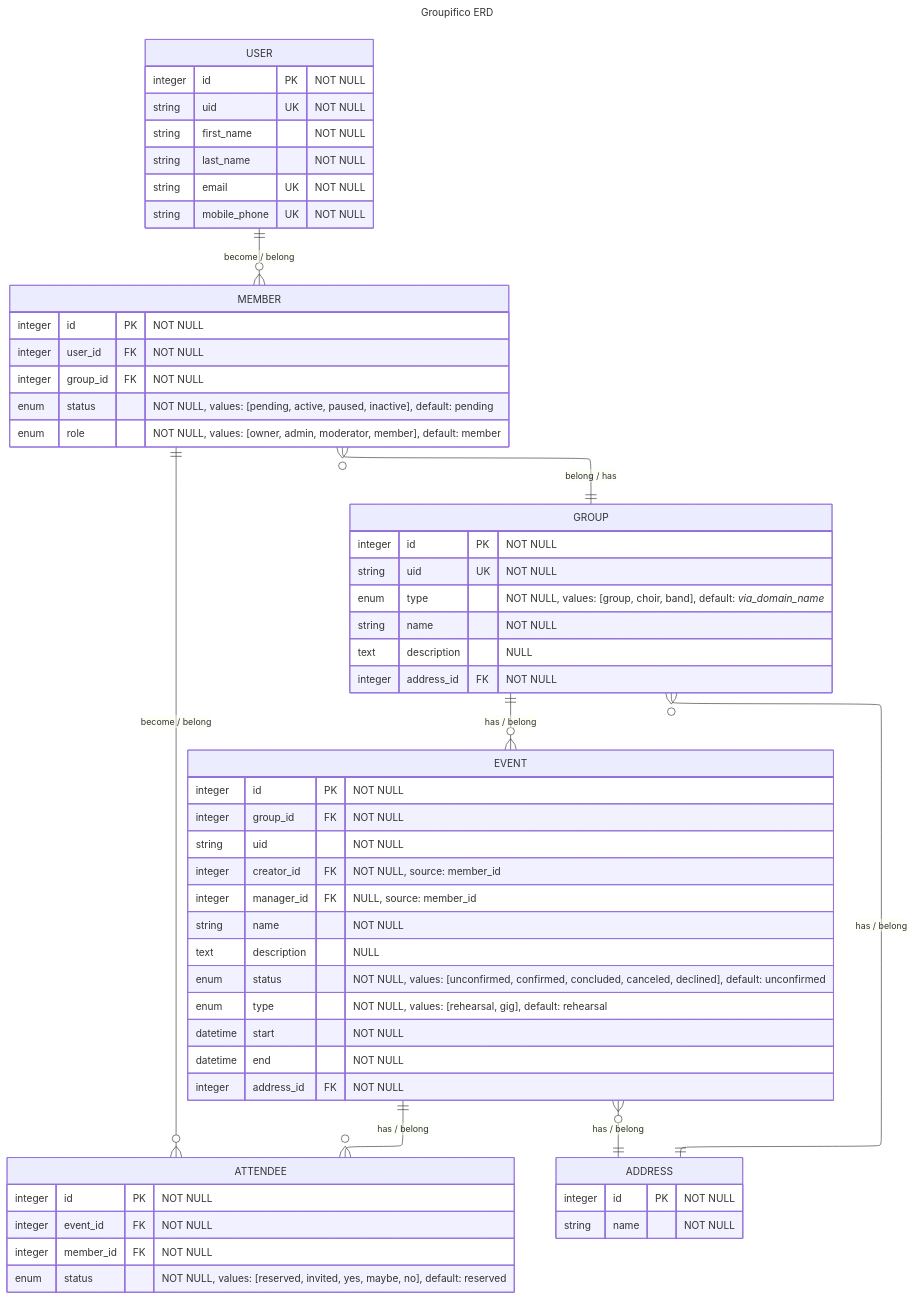
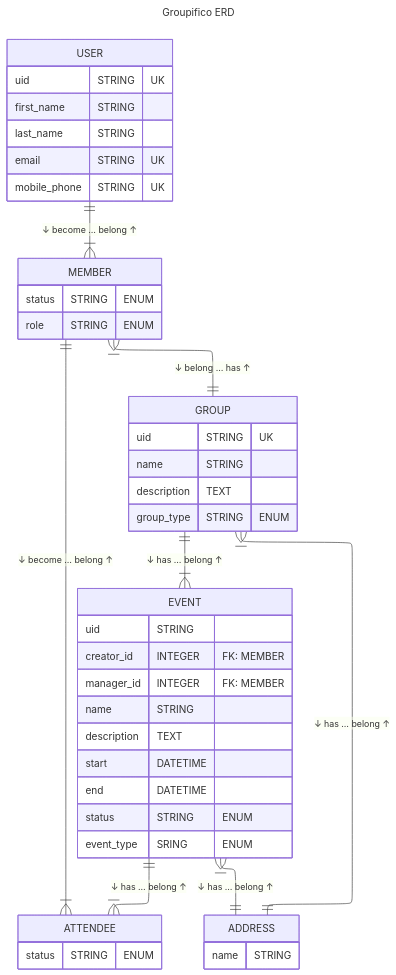
The diagram in README.md (izkreny/groupifico), drawn with Mermaid before and after one commit. The commit also changed other lines of this file and 1 other file, not shown here.

Commit message:
docs: update & simplify ERD & add schema in DBML

````diff
--- a/README.md
+++ b/README.md
@@ -128,71 +128,59 @@
 ```mermaid
 ---
 title: Groupifico ERD
 config:
   layout: elk
 ---
 
 erDiagram
-    USER   1  to 0+ MEMBER   : "become / belong"
-    MEMBER 0+ to 1  GROUP    : "belong / has"
-    GROUP  1  to 0+ EVENT    : "has    / belong"
-    EVENT  1  to 0+ ATTENDEE : "has    / belong"
-    MEMBER 1  to 0+ ATTENDEE : "become / belong"
-    GROUP  0+ to 1  ADDRESS  : "has    / belong"
-    EVENT  0+ to 1  ADDRESS  : "has    / belong"
+    direction TB
+    USER   1  to 1+ MEMBER   : "↓ become … belong ↑"
+    MEMBER 1+ to 1  GROUP    : "↓ belong … has ↑"
+    GROUP  1  to 1+ EVENT    : "↓ has    … belong ↑"
+    EVENT  1  to 1+ ATTENDEE : "↓ has    … belong ↑"
+    MEMBER 1  to 1+ ATTENDEE : "↓ become … belong ↑"
+    GROUP  1+ to 1  ADDRESS  : "↓ has    … belong ↑"
+    EVENT  1+ to 1  ADDRESS  : "↓ has    … belong ↑"
 
     USER {
-        integer id           PK "NOT NULL"
-        string  uid          UK "NOT NULL"
-        string  first_name      "NOT NULL"
-        string  last_name       "NOT NULL"
-        string  email        UK "NOT NULL"
-        string  mobile_phone UK "NOT NULL"
+        uid          STRING "UK"
+        first_name   STRING
+        last_name    STRING
+        email        STRING "UK"
+        mobile_phone STRING "UK"
     }
 
     GROUP {
-        integer id          PK "NOT NULL"
-        string  uid         UK "NOT NULL"
-        enum    type           "NOT NULL, values: [group, choir, band], default: _via_domain_name_"
-        string  name           "NOT NULL"
-        text    description    "NULL"
-        integer address_id  FK "NOT NULL"
+        uid         STRING "UK"
+        name        STRING
+        description TEXT
+        group_type  STRING "ENUM"
     }
 
     MEMBER {
-        integer id       PK "NOT NULL"
-        integer user_id  FK "NOT NULL"
-        integer group_id FK "NOT NULL"
-        enum    status      "NOT NULL, values: [pending, active, paused, inactive], default: pending"
-        enum    role        "NOT NULL, values: [owner, admin, moderator, member], default: member"
+        status STRING "ENUM"
+        role   STRING "ENUM"
     }
 
     EVENT {
-        integer  id          PK "NOT NULL"
-        integer  group_id    FK "NOT NULL"
-        string   uid            "NOT NULL"
-        integer  creator_id  FK "NOT NULL, source: member_id"
-        integer  manager_id  FK "NULL, source: member_id"
-        string   name           "NOT NULL"
-        text     description    "NULL"
-        enum     status         "NOT NULL, values: [unconfirmed, confirmed, concluded, canceled, declined], default: unconfirmed"
-        enum     type           "NOT NULL, values: [rehearsal, gig], default: rehearsal"
-        datetime start          "NOT NULL"
-        datetime end            "NOT NULL"
-        integer  address_id  FK "NOT NULL"
+        uid         STRING
+        creator_id  INTEGER "FK: MEMBER"
+        manager_id  INTEGER "FK: MEMBER"
+        name        STRING
+        description TEXT
+        start       DATETIME
+        end         DATETIME
+        status      STRING "ENUM"
+        event_type  SRING "ENUM"
     }
 
     ATTENDEE {
-        integer id        PK "NOT NULL"
-        integer event_id  FK "NOT NULL"
-        integer member_id FK "NOT NULL"
-        enum    status       "NOT NULL, values: [reserved, invited, yes, maybe, no], default: reserved"
+        status STRING "ENUM"
     }
 
     ADDRESS {
-        integer id PK "NOT NULL"
-        string name "NOT NULL"
+        name STRING
         %% Add other details as city, country, street, etc.
         %% Implement later geo coordinates aka location
     }
 ```
````
